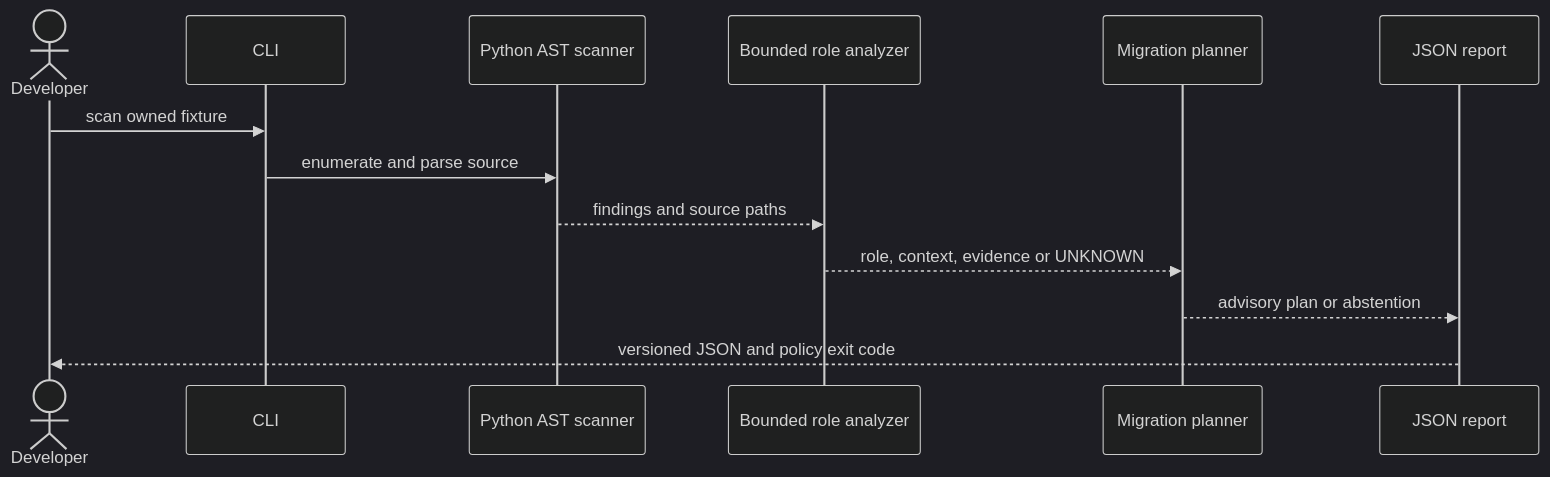
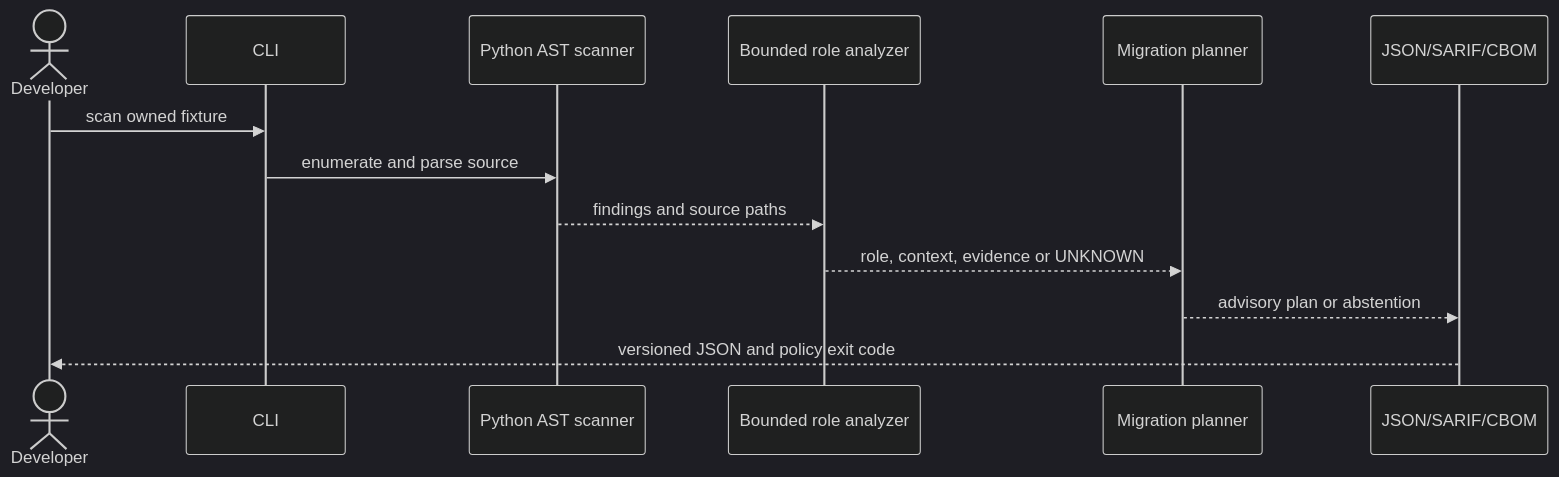
Before and after one commit to Ratneshp1122/PQMigrate: the second of 5 diagrams in docs/review/system-diagrams.md, drawn with Mermaid (dark theme). The commit also changed other lines of this file and 14 other files, not shown here.

````diff
--- a/docs/review/system-diagrams.md
+++ b/docs/review/system-diagrams.md
@@ -67,15 +76,15 @@
 ```mermaid
 sequenceDiagram
     actor Dev as Developer
     participant CLI
     participant Scanner as Python AST scanner
     participant Resolver as Bounded role analyzer
     participant Planner as Migration planner
-    participant Report as JSON report
+    participant Report as JSON/SARIF/CBOM
     Dev->>CLI: scan owned fixture
     CLI->>Scanner: enumerate and parse source
     Scanner-->>Resolver: findings and source paths
     Resolver-->>Planner: role, context, evidence or UNKNOWN
     Planner-->>Report: advisory plan or abstention
     Report-->>Dev: versioned JSON and policy exit code
 ```
````
